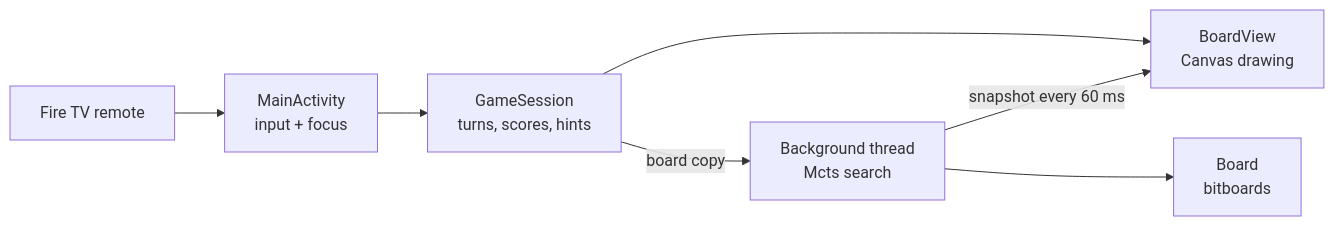
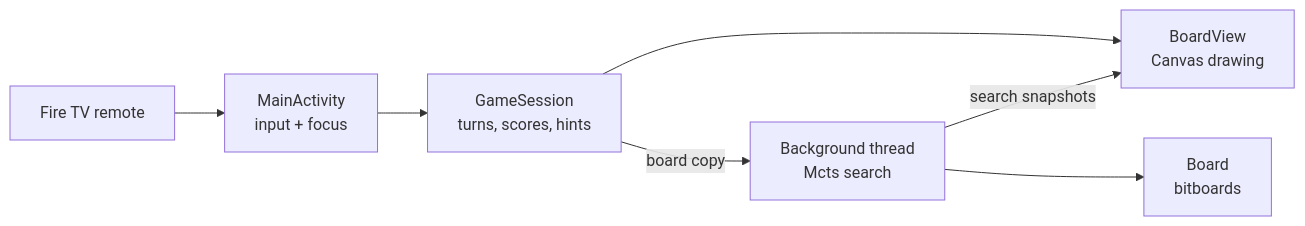
Before and after one commit to yuvraj-del/connect4-firetv: the diagram in README.md, drawn with Mermaid. The commit also changed other lines of this file and 1 other file, not shown here.

Commit message:
Add friction log and README architecture notes

````diff
--- a/README.md
+++ b/README.md
@@ -51,9 +50,9 @@
 ```mermaid
 flowchart LR
     R[Fire TV remote] --> A[MainActivity<br/>input + focus]
     A --> S[GameSession<br/>turns, scores, hints]
     S -- board copy --> W[Background thread<br/>Mcts search]
-    W -- snapshot every 60 ms --> V[BoardView<br/>Canvas drawing]
+    W -- search snapshots --> V[BoardView<br/>Canvas drawing]
     S --> V
     W --> B[Board<br/>bitboards]
 ```
````
